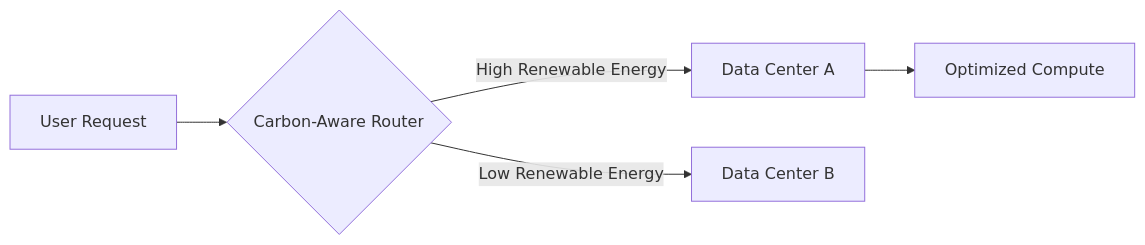
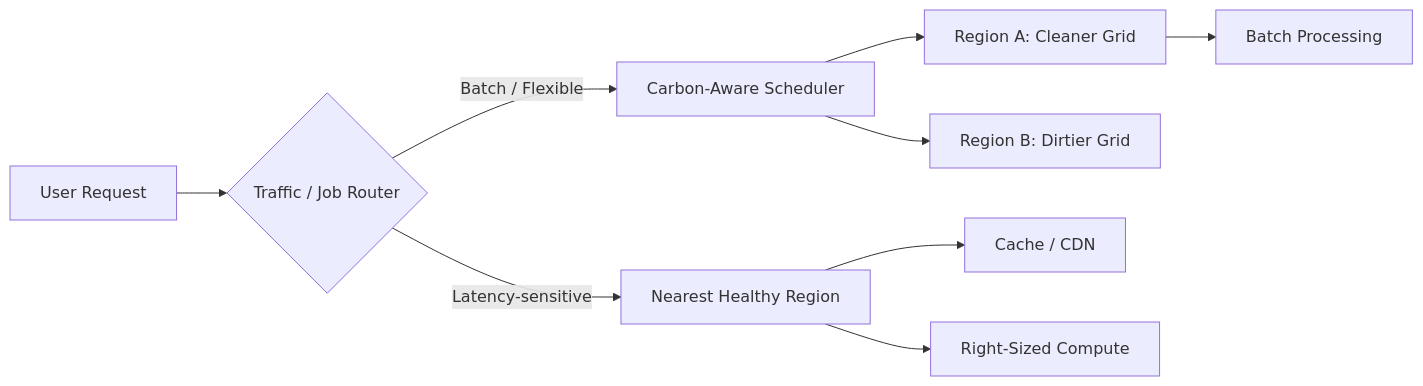
Before and after one commit to ishitvagoel/SystemDesignNotes: the diagram in data/notes/05-Phase-5-Modern-Operations/05-Phase-5-Modern-Operations__Module-22-FinOps-Cost-Engineering__Green_Software_Engineering.md, drawn with Mermaid. The commit also changed other lines of this file and 7 other files, not shown here.

````diff
--- a/data/notes/05-Phase-5-Modern-Operations/05-Phase-5-Modern-Operations__Module-22-FinOps-Cost-Engineering__Green_Software_Engineering.md
+++ b/data/notes/05-Phase-5-Modern-Operations/05-Phase-5-Modern-Operations__Module-22-FinOps-Cost-Engineering__Green_Software_Engineering.md
@@ -7,9 +33,14 @@
 ```mermaid
 graph LR
-    User[User Request] --> Router{Carbon-Aware Router}
-    
-    Router -->|High Renewable Energy| DC1[Data Center A]
-    Router -->|Low Renewable Energy| DC2[Data Center B]
-    
-    DC1 --> Compute[Optimized Compute]
+    User[User Request] --> Router{Traffic / Job Router}
+
+    Router -->|Latency-sensitive| FastPath[Nearest Healthy Region]
+    Router -->|Batch / Flexible| CarbonAware[Carbon-Aware Scheduler]
+
+    CarbonAware --> RegionA[Region A: Cleaner Grid]
+    CarbonAware --> RegionB[Region B: Dirtier Grid]
+
+    FastPath --> Cache[Cache / CDN]
+    FastPath --> Compute[Right-Sized Compute]
+    RegionA --> Batch[Batch Processing]
 ```
````
